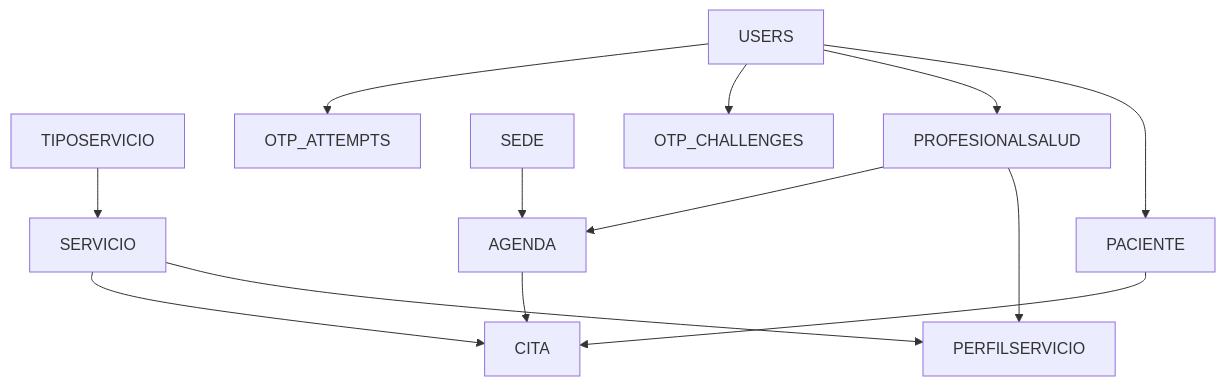
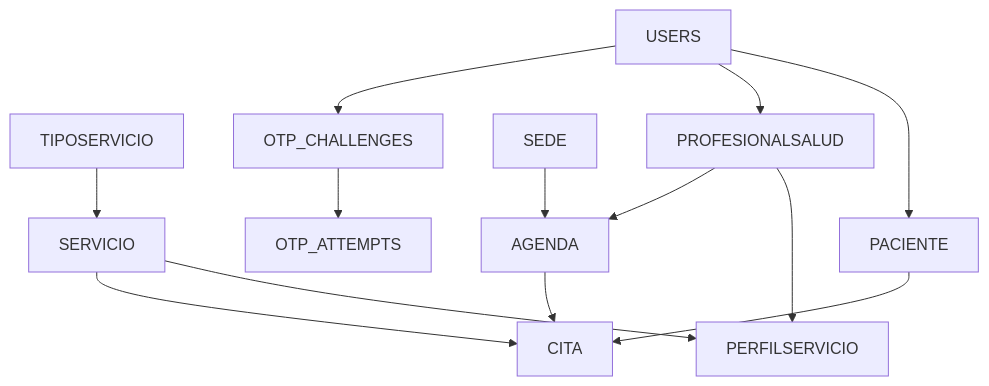
Before and after one commit to andesteban09-eng/sistemaAgendamiento: the third of 3 diagrams in README.md, drawn with Mermaid. The commit also changed other lines of this file, not shown here.

````diff
--- a/README.md
+++ b/README.md
@@ -196,15 +227,15 @@
 ```mermaid
 flowchart TD
     T[TIPOSERVICIO] --> S[SERVICIO]
     P[PROFESIONALSALUD] --> PS[PERFILSERVICIO]
     S --> PS
     P --> A[AGENDA]
     SE[SEDE] --> A
     A --> C[CITA]
     PA[PACIENTE] --> C
     S --> C
     U[USERS] --> PA
     U --> P
     U --> OTP[OTP_CHALLENGES]
-    U --> OA[OTP_ATTEMPTS]
+    OTP --> OA[OTP_ATTEMPTS]
 ```
````
